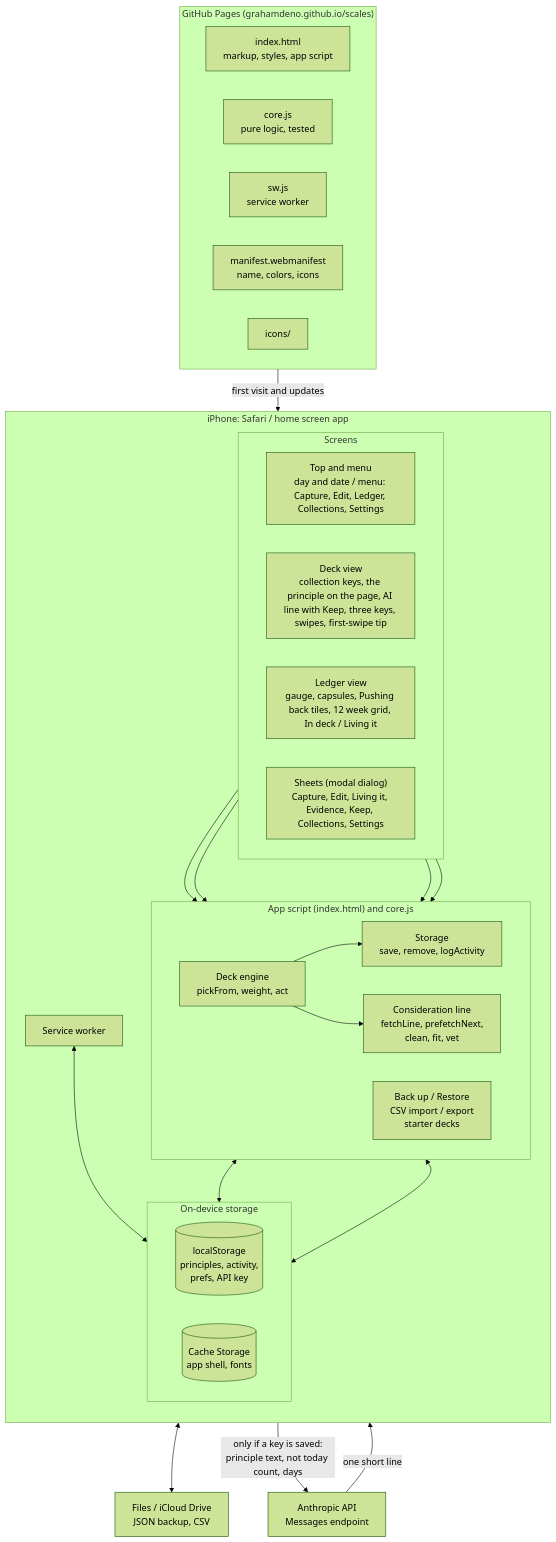
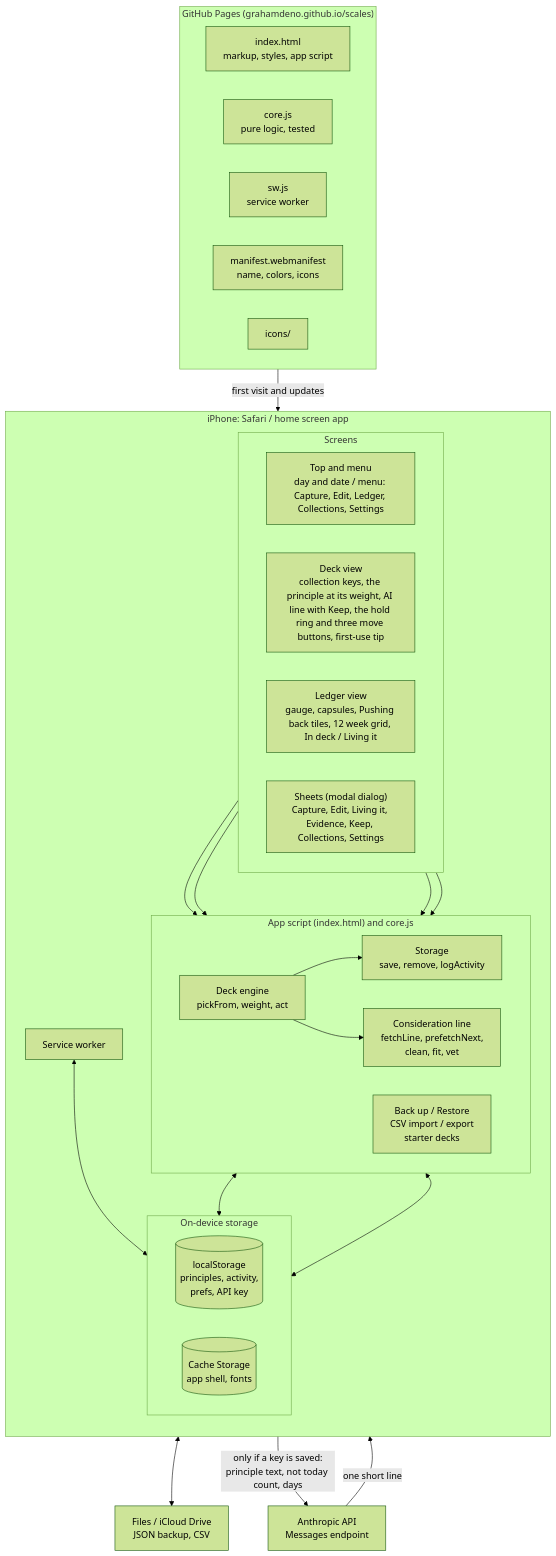
Before and after one commit to grahamdeno/scales: the first of 3 diagrams in docs/ARCHITECTURE.md, drawn with Mermaid (forest theme). The commit also changed other lines of this file and 9 other files, not shown here.

First line of the commit message:
Release 1.33.0: Black and White redesign with the hold ring and a weighted Ledger

````diff
--- a/docs/ARCHITECTURE.md
+++ b/docs/ARCHITECTURE.md
@@ -16,57 +16,57 @@
 ```mermaid
 flowchart TB
     subgraph host["GitHub Pages (grahamdeno.github.io/scales)"]
         direction LR
         html["index.html<br/>markup, styles, app script"]
         corefile["core.js<br/>pure logic, tested"]
         swfile["sw.js<br/>service worker"]
         mani["manifest.webmanifest<br/>name, colors, icons"]
         icons["icons/"]
     end
 
     subgraph phone["iPhone: Safari / home screen app"]
         direction TB
 
         subgraph ui["Screens"]
             direction LR
             header["Top and menu<br/>day and date / menu: Capture, Edit, Ledger, Collections, Settings"]
-            deck["Deck view<br/>collection keys, the principle on the page, AI line with Keep, three keys, swipes, first-swipe tip"]
+            deck["Deck view<br/>collection keys, the principle at its weight, AI line with Keep, the hold ring and three move buttons, first-use tip"]
             ledger["Ledger view<br/>gauge, capsules, Pushing back tiles, 12 week grid, In deck / Living it"]
             sheets["Sheets (modal dialog)<br/>Capture, Edit, Living it, Evidence, Keep, Collections, Settings"]
         end
 
         subgraph logic["App script (index.html) and core.js"]
             direction LR
             engine["Deck engine<br/>pickFrom, weight, act"]
             line["Consideration line<br/>fetchLine, prefetchNext,<br/>clean, fit, vet"]
             store["Storage<br/>save, remove, logActivity"]
             io["Back up / Restore<br/>CSV import / export<br/>starter decks"]
         end
 
         subgraph device["On-device storage"]
             direction LR
             ls[("localStorage<br/>principles, activity,<br/>prefs, API key")]
             cache[("Cache Storage<br/>app shell, fonts")]
         end
 
         sw["Service worker"]
     end
 
     api["Anthropic API<br/>Messages endpoint"]
     files["Files / iCloud Drive<br/>JSON backup, CSV"]
 
     host -- "first visit and updates" --> sw
     sw <--> cache
 
     deck --> engine
     sheets --> engine
     sheets --> io
     engine --> store
     engine --> line
     ledger --> store
     store <--> ls
     io <--> ls
     io <--> files
     line -- "only if a key is saved:<br/>principle text, not today count, days" --> api
     api -- "one short line" --> line
 ```
````
